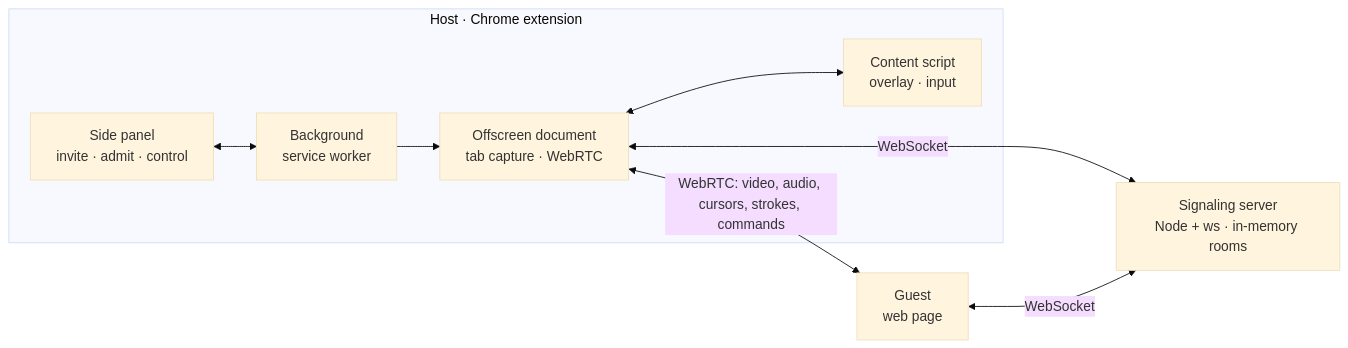
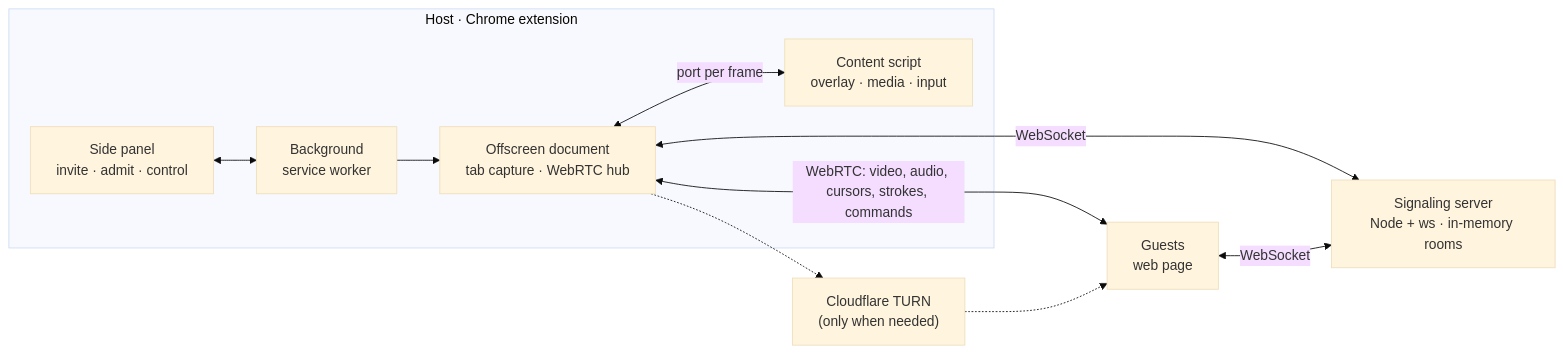
One commit to RealCloudyPanda/Cursor-Watchalong changed the diagram in README.md. Above: the diagram before and after it, drawn with Mermaid (base theme). The commit also changed other lines of this file and 23 other files, not shown here.

````diff
--- a/README.md
+++ b/README.md
@@ -58,18 +139,20 @@
 ```mermaid
 flowchart LR
     subgraph Host["Host · Chrome extension"]
         SP["Side panel<br/>invite · admit · control"]
         BG["Background<br/>service worker"]
-        OFF["Offscreen document<br/>tab capture · WebRTC"]
-        CS["Content script<br/>overlay · input"]
+        OFF["Offscreen document<br/>tab capture · WebRTC hub"]
+        CS["Content script<br/>overlay · media · input"]
     end
     SRV["Signaling server<br/>Node + ws · in-memory rooms"]
-    G["Guest<br/>web page"]
+    TURN["Cloudflare TURN<br/>(only when needed)"]
+    G["Guests<br/>web page"]
 
     SP <--> BG
     BG --> OFF
-    OFF <--> CS
+    OFF <-->|"port per frame"| CS
     OFF <-->|WebSocket| SRV
     G <-->|WebSocket| SRV
     OFF <-->|"WebRTC: video, audio, cursors, strokes, commands"| G
+    OFF -.-> TURN -.-> G
 ```
````
